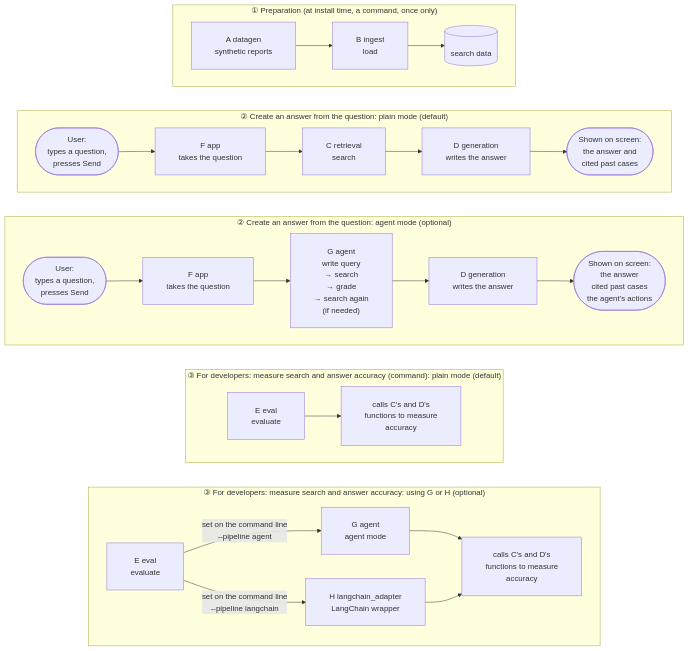
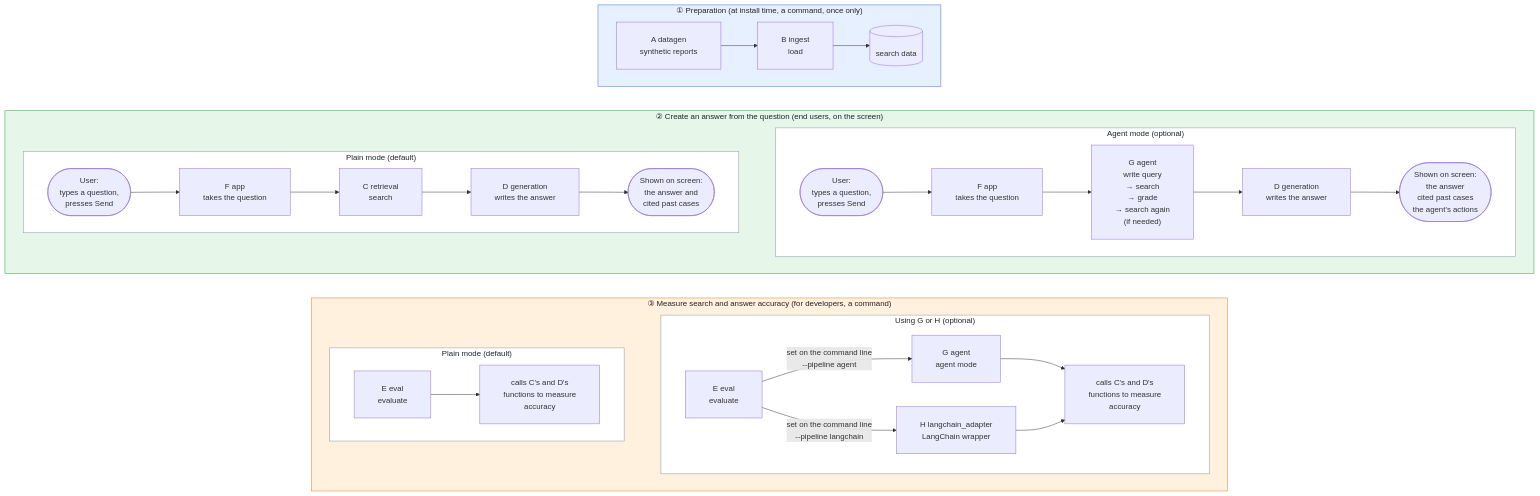
Before and after one commit to satoshi-abe-dev/silo-rag: the first of 3 diagrams in README_en.md, drawn with Mermaid. The commit also changed 1 other file, not shown here.

Commit message:
Group the architecture diagram by step with outer boxes and colors
The five boxes looked alike, so the three steps could not be told apart.
Each step is now one outer box in its own color (1 blue, 2 green, 3
orange); the plain/agent and plain/G-or-H boxes sit inside steps 2 and 3.

````diff
--- a/README_en.md
+++ b/README_en.md
@@ -145,29 +145,40 @@
 ```mermaid
 %%{init: {"flowchart": {"padding": 24, "wrappingWidth": 400}}}%%
 graph TB
-    subgraph prep["① Preparation (at install time, a command, once only)"]
+    subgraph g1["① Preparation (at install time, a command, once only)"]
         direction LR
         A["A datagen<br/>synthetic reports"] --> B["B ingest<br/>load"] --> DB[("search data")]
     end
-    subgraph plain["② Create an answer from the question: plain mode (default)"]
-        direction LR
-        U1(["User:<br/>types a question,<br/>presses Send"]) --> F1["F app<br/>takes the question"] --> C1["C retrieval<br/>search"] --> D1["D generation<br/>writes the answer"] --> R1(["Shown on screen:<br/>the answer and<br/>cited past cases"])
+    subgraph g2["② Create an answer from the question (end users, on the screen)"]
+        subgraph plain["Plain mode (default)"]
+            direction LR
+            U1(["User:<br/>types a question,<br/>presses Send"]) --> F1["F app<br/>takes the question"] --> C1["C retrieval<br/>search"] --> D1["D generation<br/>writes the answer"] --> R1(["Shown on screen:<br/>the answer and<br/>cited past cases"])
+        end
+        subgraph agent["Agent mode (optional)"]
+            direction LR
+            U2(["User:<br/>types a question,<br/>presses Send"]) --> F2["F app<br/>takes the question"] --> G["G agent<br/>write query<br/>→ search<br/>→ grade<br/>→ search again<br/>(if needed)"] --> D2["D generation<br/>writes the answer"] --> R2(["Shown on screen:<br/>the answer<br/>cited past cases<br/>the agent's actions"])
+        end
+        plain ~~~ agent
     end
-    subgraph agent["② Create an answer from the question: agent mode (optional)"]
-        direction LR
-        U2(["User:<br/>types a question,<br/>presses Send"]) --> F2["F app<br/>takes the question"] --> G["G agent<br/>write query<br/>→ search<br/>→ grade<br/>→ search again<br/>(if needed)"] --> D2["D generation<br/>writes the answer"] --> R2(["Shown on screen:<br/>the answer<br/>cited past cases<br/>the agent's actions"])
+    subgraph g3["③ Measure search and answer accuracy (for developers, a command)"]
+        subgraph ev["Plain mode (default)"]
+            direction LR
+            E1["E eval<br/>evaluate"] --> CD1["calls C's and D's<br/>functions to measure<br/>accuracy"]
+        end
+        subgraph ev2["Using G or H (optional)"]
+            direction LR
+            E2["E eval<br/>evaluate"] -->|"set on the command line<br/>--pipeline agent"| G2["G agent<br/>agent mode"] --> CD2["calls C's and D's<br/>functions to measure<br/>accuracy"]
+            E2 -->|"set on the command line<br/>--pipeline langchain"| H["H langchain_adapter<br/>LangChain wrapper"] --> CD2
+        end
+        ev ~~~ ev2
     end
-    subgraph ev["③ For developers: measure search and answer accuracy (command): plain mode (default)"]
-        direction LR
-        E1["E eval<br/>evaluate"] --> CD1["calls C's and D's<br/>functions to measure<br/>accuracy"]
-    end
-    subgraph ev2["③ For developers: measure search and answer accuracy: using G or H (optional)"]
-        direction LR
-        E2["E eval<br/>evaluate"] -->|"set on the command line<br/>--pipeline agent"| G2["G agent<br/>agent mode"] --> CD2["calls C's and D's<br/>functions to measure<br/>accuracy"]
-        E2 -->|"set on the command line<br/>--pipeline langchain"| H["H langchain_adapter<br/>LangChain wrapper"] --> CD2
-    end
-    prep ~~~ plain
-    plain ~~~ agent
-    agent ~~~ ev
-    ev ~~~ ev2
+    g1 ~~~ g2
+    g2 ~~~ g3
+    style g1 fill:#e7f0ff,stroke:#3b6fd4,color:#1f2328
+    style g2 fill:#e6f6e8,stroke:#2f9e44,color:#1f2328
+    style g3 fill:#fff1de,stroke:#d9822b,color:#1f2328
+    style plain fill:#ffffff,stroke:#8c959f,color:#1f2328
+    style agent fill:#ffffff,stroke:#8c959f,color:#1f2328
+    style ev fill:#ffffff,stroke:#8c959f,color:#1f2328
+    style ev2 fill:#ffffff,stroke:#8c959f,color:#1f2328
 ```
````
